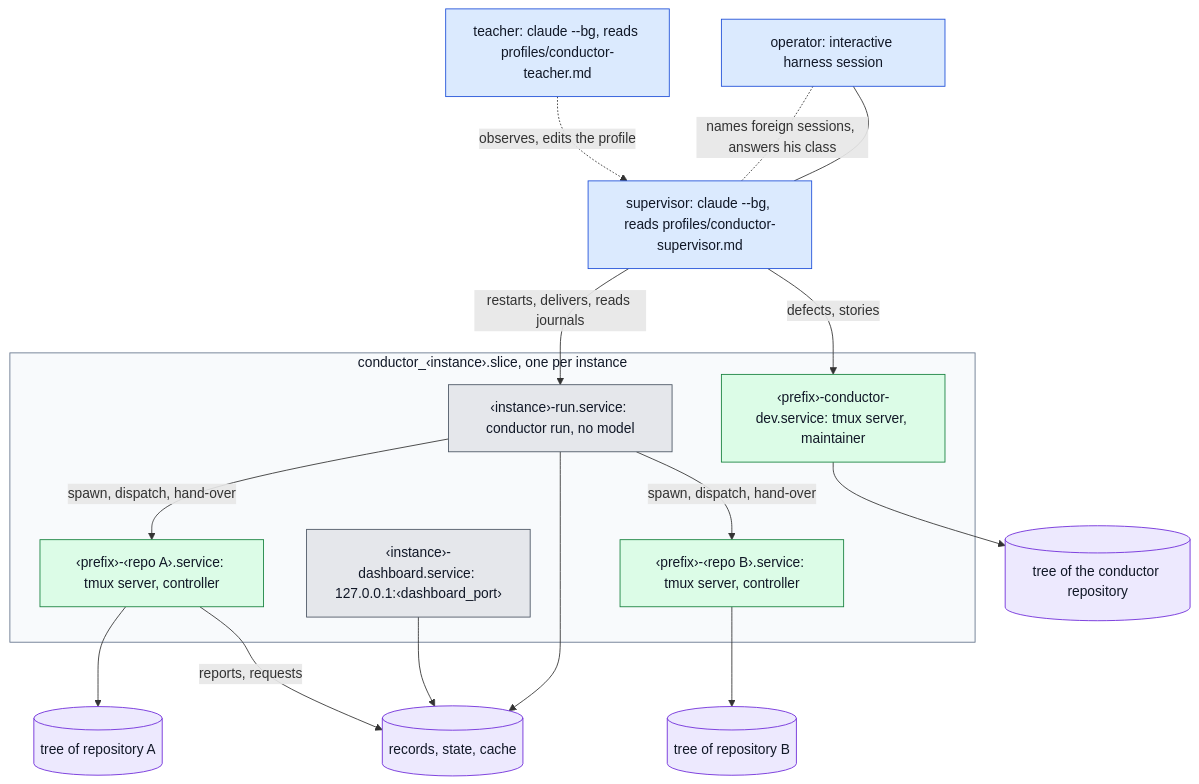
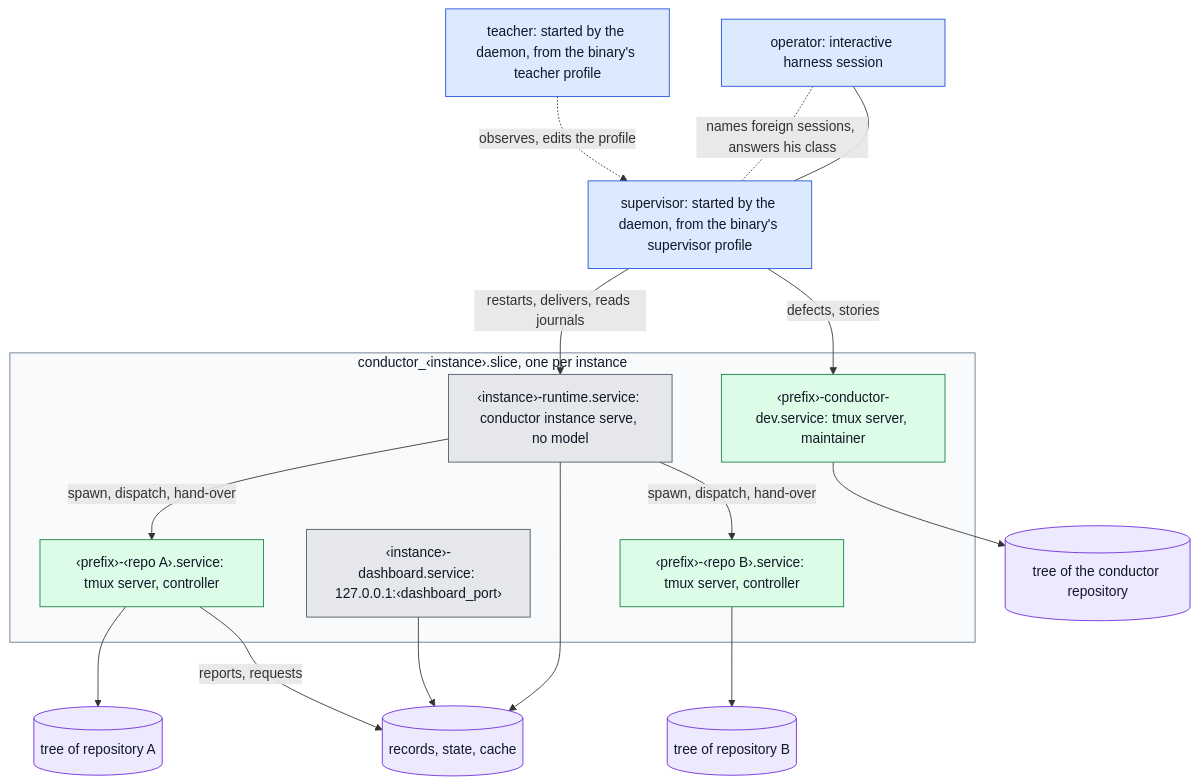
Before and after one commit to beyond10x/conductor: the first of 12 diagrams in website/docs/concepts/architecture.md, drawn with Mermaid. The commit also changed other lines of this file and 518 other files, not shown here.

````diff
--- a/website/docs/concepts/architecture.md
+++ b/website/docs/concepts/architecture.md
@@ -17,31 +17,31 @@
 ```mermaid
 flowchart TB
   classDef host fill:#dbeafe,stroke:#1d4ed8,color:#111827
   classDef model fill:#dcfce7,stroke:#15803d,color:#111827
   classDef nomodel fill:#e5e7eb,stroke:#4b5563,color:#111827
   classDef store fill:#ede9fe,stroke:#6d28d9,color:#111827
   op["operator: interactive harness session"]:::host
-  sup["supervisor: claude --bg, reads profiles/conductor-supervisor.md"]:::host
-  tea["teacher: claude --bg, reads profiles/conductor-teacher.md"]:::host
+  sup["supervisor: started by the daemon, from the binary's supervisor profile"]:::host
+  tea["teacher: started by the daemon, from the binary's teacher profile"]:::host
   op --- sup
   op -.-|names foreign sessions, answers his class| sup
   tea -.->|observes, edits the profile| sup
   subgraph slice["conductor_‹instance›.slice, one per instance"]
-    run["‹instance›-run.service: conductor run, no model"]:::nomodel
+    run["‹instance›-runtime.service: conductor instance serve, no model"]:::nomodel
     dash["‹instance›-dashboard.service: 127.0.0.1:‹dashboard_port›"]:::nomodel
     s1["‹prefix›-‹repo A›.service: tmux server, controller"]:::model
     s2["‹prefix›-‹repo B›.service: tmux server, controller"]:::model
     dev["‹prefix›-conductor-dev.service: tmux server, maintainer"]:::model
   end
   style slice fill:#f8fafc,stroke:#64748b,color:#111827
   sup -->|restarts, delivers, reads journals| run
   sup -->|defects, stories| dev
   run -->|spawn, dispatch, hand-over| s1
   run -->|spawn, dispatch, hand-over| s2
   s1 --> t1[("tree of repository A")]:::store
   s2 --> t2[("tree of repository B")]:::store
   dev --> t3[("tree of the conductor repository")]:::store
   run --> store[("records, state, cache")]:::store
   dash --> store
   s1 -->|reports, requests| store
 ```
````
